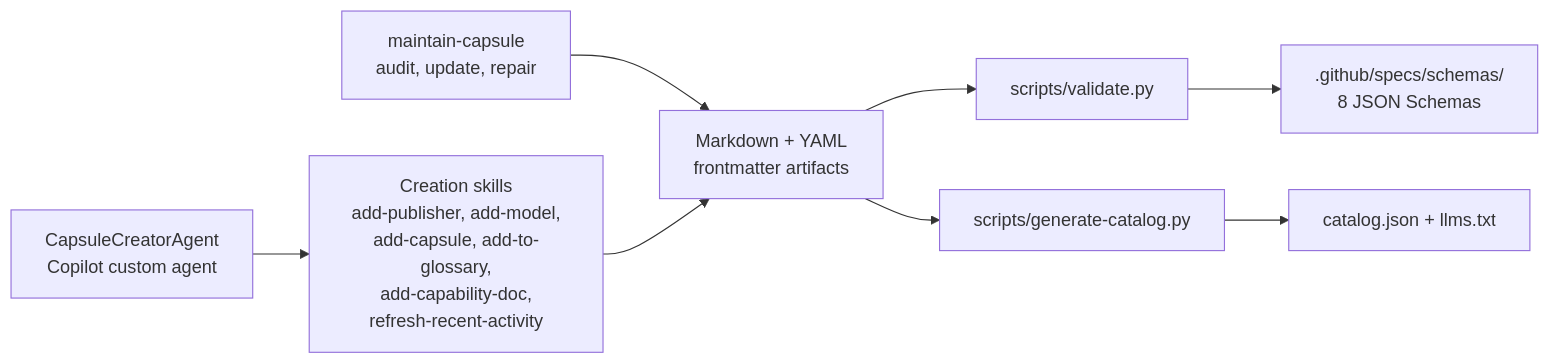
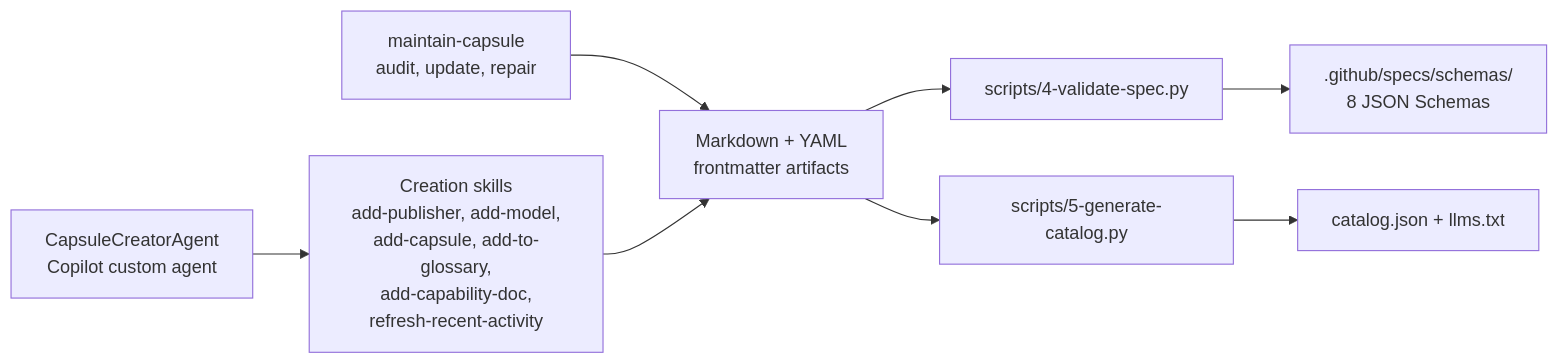
The second of 2 diagrams in docs/README.md (nitya/model-releases), drawn with Mermaid before and after one commit. The commit also changed other lines of this file and 41 other files, not shown here.

````diff
--- a/docs/README.md
+++ b/docs/README.md
@@ -108,10 +108,10 @@
 ```mermaid
 flowchart LR
     A[CapsuleCreatorAgent<br/>Copilot custom agent] --> S[Creation skills<br/>add-publisher, add-model,<br/>add-capsule, add-to-glossary,<br/>add-capability-doc,<br/>refresh-recent-activity]
     K[maintain-capsule<br/>audit, update, repair] --> M
     S --> M[Markdown + YAML<br/>frontmatter artifacts]
-    M --> V[scripts/validate.py]
+    M --> V[scripts/4-validate-spec.py]
     V --> X[.github/specs/schemas/<br/>8 JSON Schemas]
-    M --> G[scripts/generate-catalog.py]
+    M --> G[scripts/5-generate-catalog.py]
     G --> J[catalog.json + llms.txt]
 ```
````
